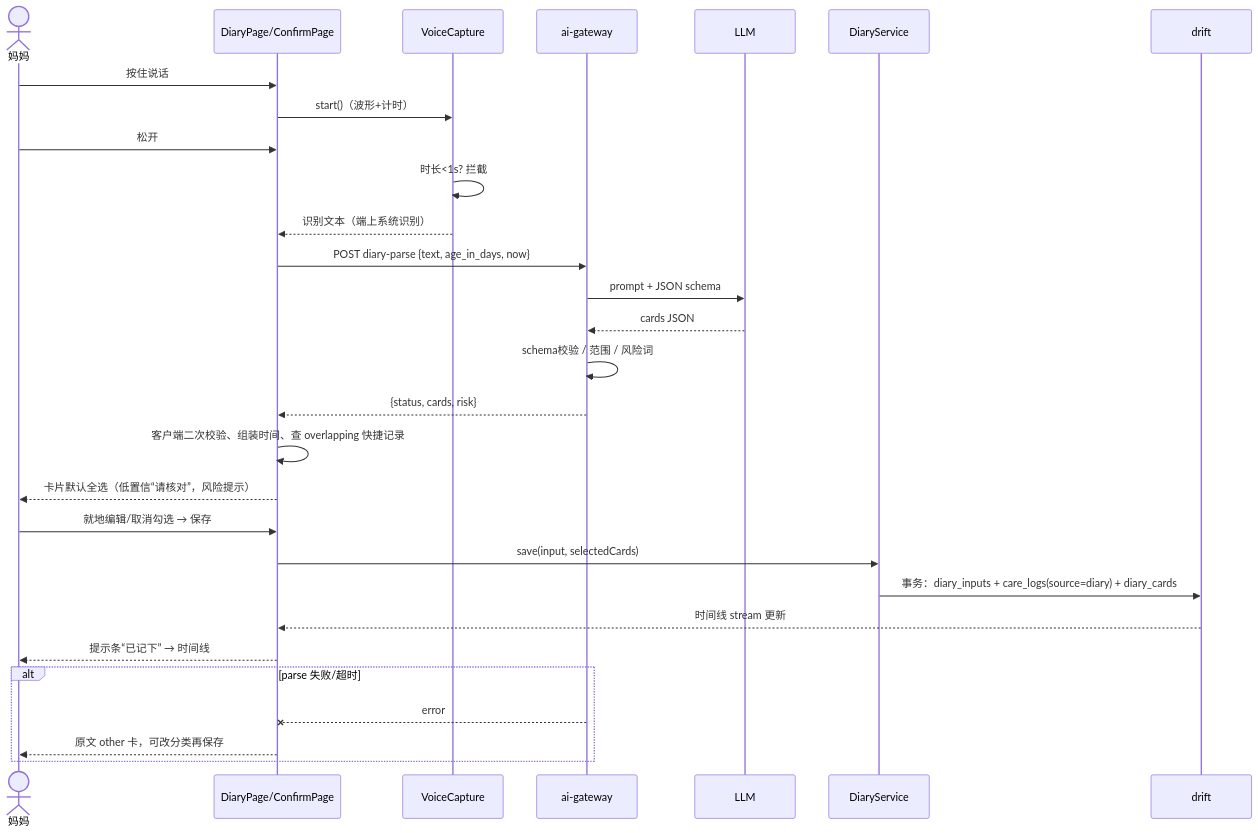
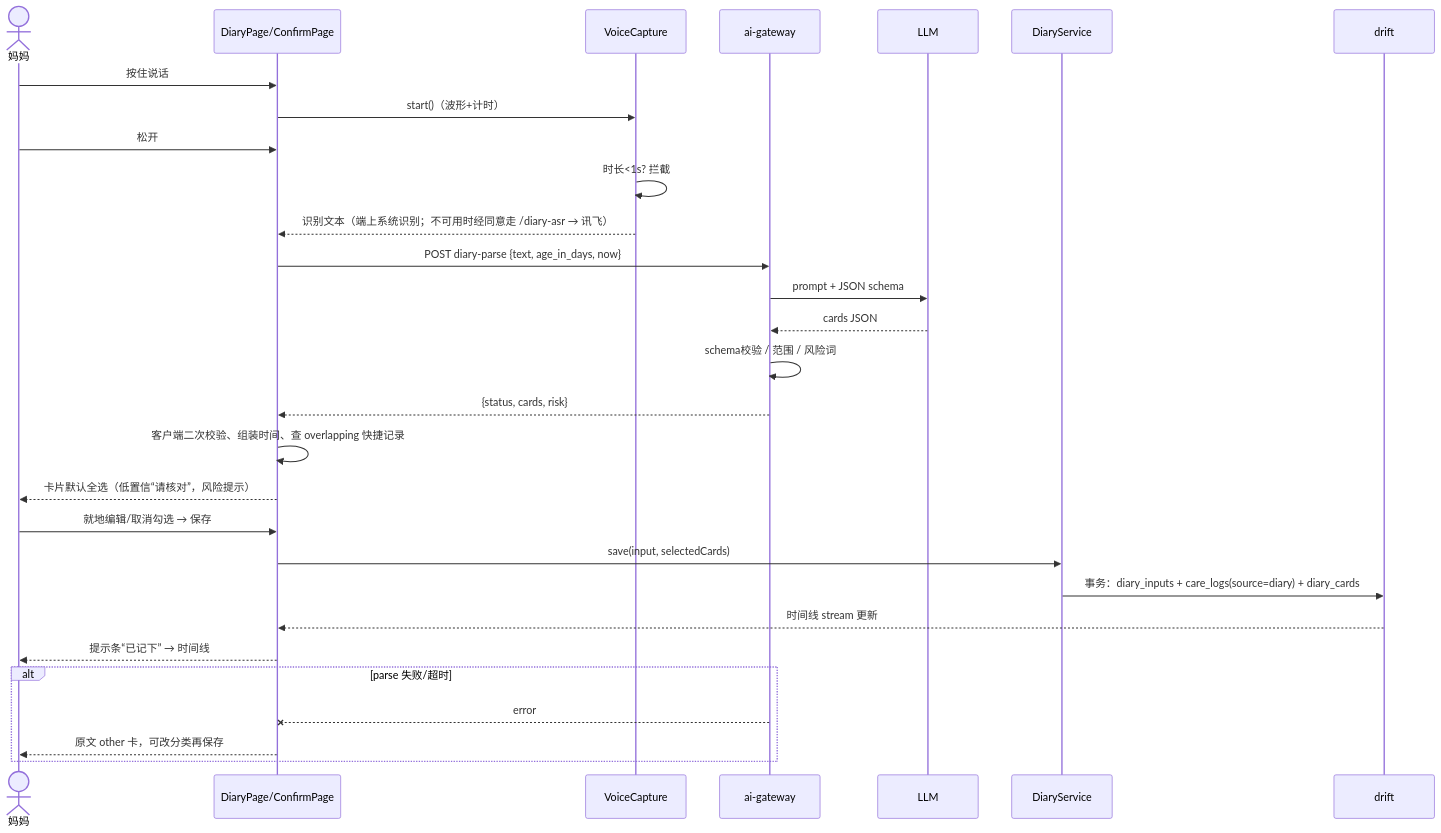
Before and after one commit to JiHe021499/honghong: the third of 4 diagrams in docs/architecture/mommy-diary-architecture.md, drawn with Mermaid. The commit also changed other lines of this file and 19 other files, not shown here.

Commit message:
妈咪日记：讯飞联网识别兜底（网关 /diary-asr WebSocket 中转、客户端告知与回退、架构文档更新）

````diff
--- a/docs/architecture/mommy-diary-architecture.md
+++ b/docs/architecture/mommy-diary-architecture.md
@@ -277,32 +323,32 @@
 ```mermaid
 sequenceDiagram
   actor M as 妈妈
   participant UI as DiaryPage/ConfirmPage
   participant V as VoiceCapture
   participant G as ai-gateway
   participant L as LLM
   participant S as DiaryService
   participant DB as drift
 
   M->>UI: 按住说话
   UI->>V: start()（波形+计时）
   M->>UI: 松开
   V->>V: 时长<1s? 拦截
-  V-->>UI: 识别文本（端上系统识别）
+  V-->>UI: 识别文本（端上系统识别；不可用时经同意走 /diary-asr → 讯飞）
   UI->>G: POST diary-parse {text, age_in_days, now}
   G->>L: prompt + JSON schema
   L-->>G: cards JSON
   G->>G: schema校验 / 范围 / 风险词
   G-->>UI: {status, cards, risk}
   UI->>UI: 客户端二次校验、组装时间、查 overlapping 快捷记录
   UI-->>M: 卡片默认全选（低置信“请核对”，风险提示）
   M->>UI: 就地编辑/取消勾选 → 保存
   UI->>S: save(input, selectedCards)
   S->>DB: 事务：diary_inputs + care_logs(source=diary) + diary_cards
   DB-->>UI: 时间线 stream 更新
   UI-->>M: 提示条“已记下” → 时间线
   alt parse 失败/超时
     G--xUI: error
     UI-->>M: 原文 other 卡，可改分类再保存
   end
 ```
````
